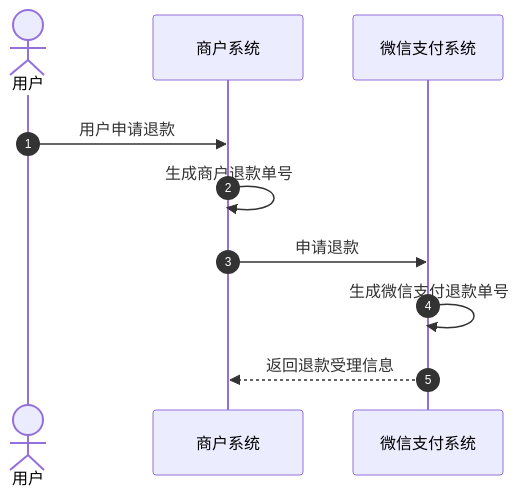
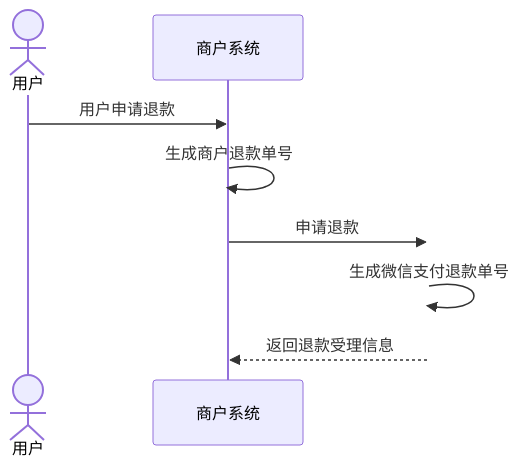
The second of 5 diagrams in docs/partner/pages/4013080623.md (minibear2021/wechatpay_docs), drawn with Mermaid before and after one commit. The commit also changed other lines of this file and 793 other files, not shown here.

````diff
--- a/docs/partner/pages/4013080623.md
+++ b/docs/partner/pages/4013080623.md
@@ -40,15 +38,13 @@
 ```mermaid
 sequenceDiagram
-    rect rgb(255,255,255)
-        autonumber
+
         actor User as 用户
         participant Mch as 商户系统
-        participant WxPay as 微信支付系统
+        participant WxPay@{ type: secondaryActor } as 微信支付系统
 
         User->>Mch: 用户申请退款
         Mch->>Mch: 生成商户退款单号
         Mch->>WxPay: 申请退款
         WxPay->>WxPay: 生成微信支付退款单号
         WxPay-->>Mch: 返回退款受理信息
-    end
 ```
````
